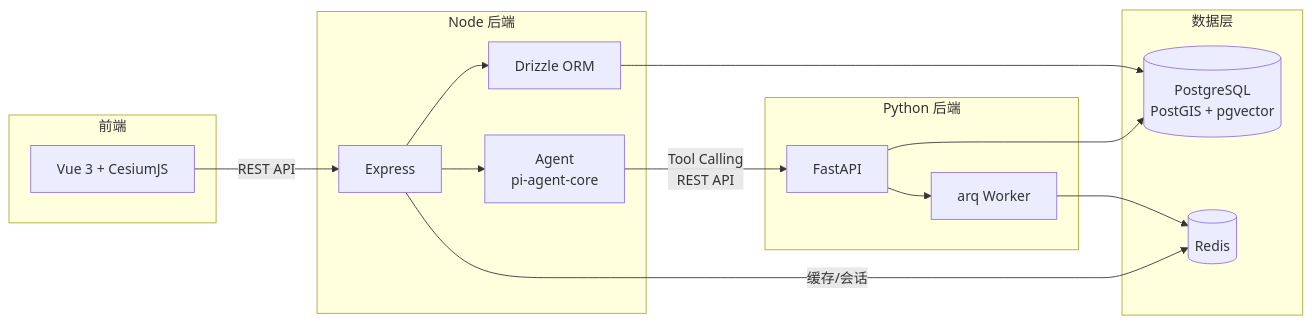
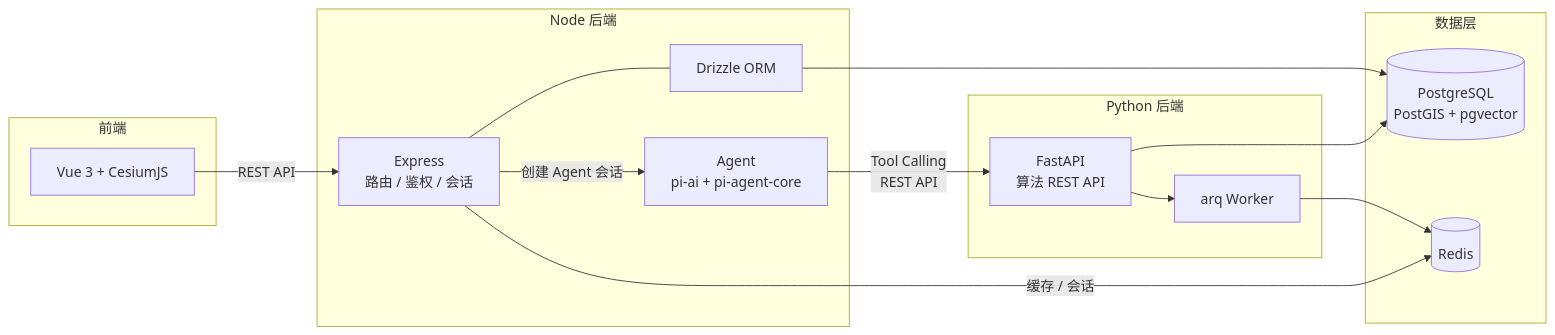
The second of 2 diagrams in docs/后端技术选型建议.md (909347194/ST-Risk-For-UAV), drawn with Mermaid before and after one commit. The commit also changed other lines of this file and 3 other files, not shown here.

````diff
--- a/docs/后端技术选型建议.md
+++ b/docs/后端技术选型建议.md
@@ -225,32 +225,32 @@
 ```mermaid
 graph LR
     subgraph 前端
         FE[Vue 3 + CesiumJS]
     end
 
     subgraph Node 后端
-        EX[Express]
-        AG[Agent<br/>pi-agent-core]
+        EX[Express<br/>路由 / 鉴权 / 会话]
+        AG[Agent<br/>pi-ai + pi-agent-core]
         DR[Drizzle ORM]
     end
 
     subgraph Python 后端
-        FA[FastAPI]
+        FA[FastAPI<br/>算法 REST API]
         AQ[arq Worker]
     end
 
     subgraph 数据层
         PG[(PostgreSQL<br/>PostGIS + pgvector)]
         RD[(Redis)]
     end
 
     FE -->|"REST API"| EX
-    EX --> AG
+    EX -->|"创建 Agent 会话"| AG
     AG -->|"Tool Calling<br/>REST API"| FA
-    EX --> DR
+    EX --- DR
     DR --> PG
     FA --> PG
     FA --> AQ
     AQ --> RD
-    EX -->|"缓存/会话"| RD
+    EX -->|"缓存 / 会话"| RD
 ```
````
